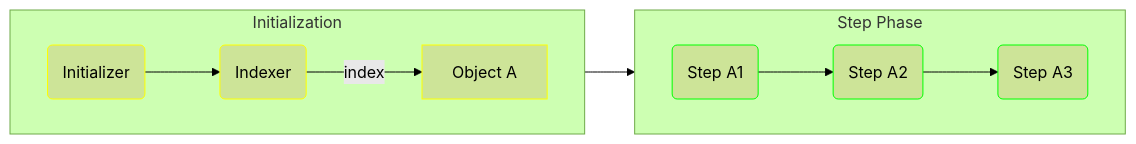
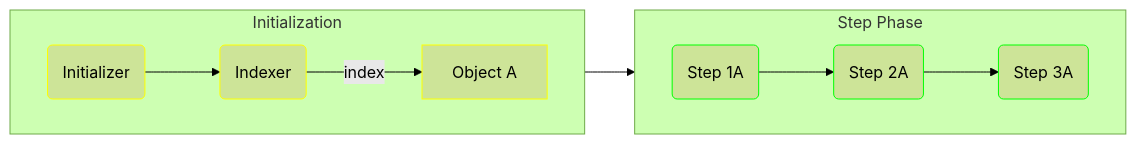
Before and after one commit to illuin-tech/data-pipeline: the first of 3 diagrams in doc/initializers.md, drawn with Mermaid (forest theme). The commit also changed other lines of this file and 3 other files, not shown here.

````diff
--- a/doc/initializers.md
+++ b/doc/initializers.md
@@ -20,24 +20,24 @@
 ```mermaid
 flowchart LR
     subgraph INIT_PHASE[Initialization]
         direction LR
         
         INITIALIZER(Initializer):::init
         INDEXER(Indexer):::init
         OBJECT_A[Object A]:::init
     end
     
     subgraph STEP_PHASE[Step Phase]
         direction LR
         
-        STEP_A1(Step A1):::step
-        STEP_A2(Step A2):::step
-        STEP_A3(Step A3):::step
+        STEP_A1(Step 1A):::step
+        STEP_A2(Step 2A):::step
+        STEP_A3(Step 3A):::step
     end
     
     INITIALIZER --> INDEXER
     INDEXER -- index --> OBJECT_A --> STEP_A1 --> STEP_A2 --> STEP_A3
 
     classDef init stroke:yellow;
     classDef step stroke:#0f0;
 ```
````
